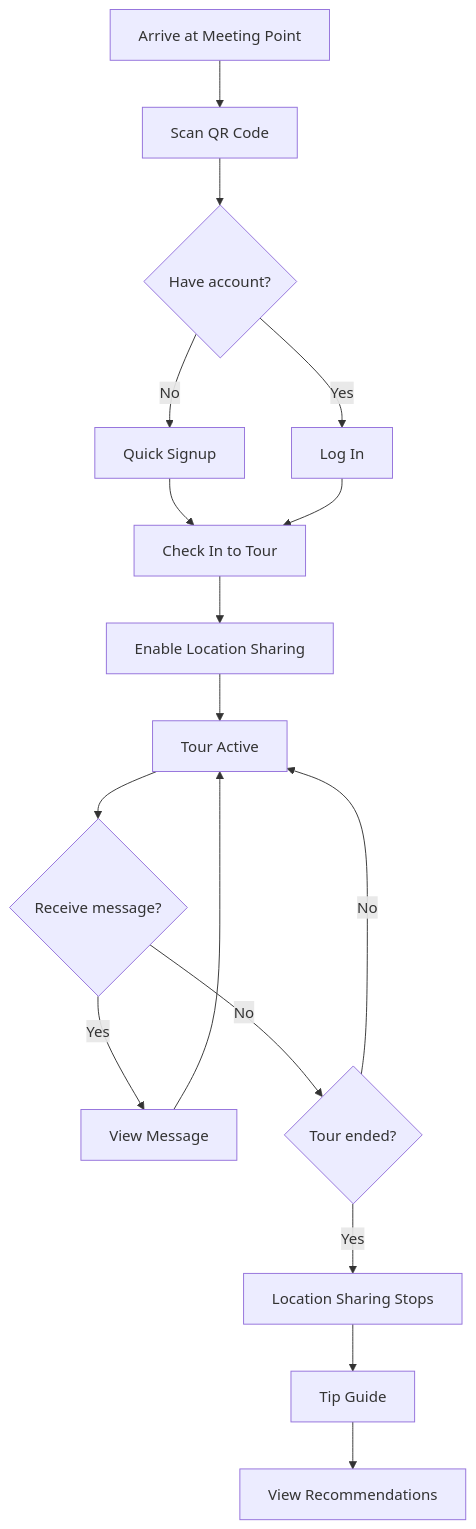
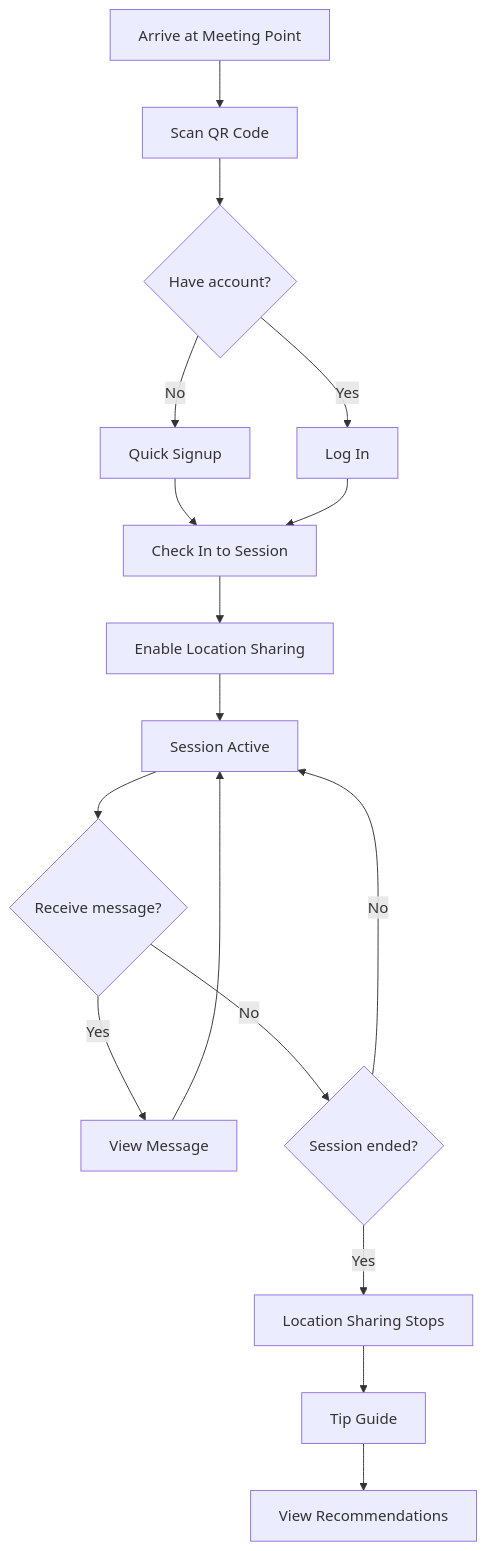
The second of 3 diagrams in 1_product_overview.md (wariya-placehub/triptoe-docs), drawn with Mermaid before and after one commit. The commit also changed other lines of this file and 5 other files, not shown here.

````diff
--- a/1_product_overview.md
+++ b/1_product_overview.md
@@ -83,19 +83,19 @@
 ```mermaid
 flowchart TD
     A[Arrive at Meeting Point] --> B[Scan QR Code]
     B --> C{Have account?}
     C -->|No| D[Quick Signup]
     C -->|Yes| E[Log In]
-    D --> F[Check In to Tour]
+    D --> F[Check In to Session]
     E --> F
     F --> G[Enable Location Sharing]
-    G --> H[Tour Active]
+    G --> H[Session Active]
     H --> I{Receive message?}
     I -->|Yes| J[View Message]
     J --> H
-    I -->|No| K{Tour ended?}
+    I -->|No| K{Session ended?}
     K -->|No| H
     K -->|Yes| L[Location Sharing Stops]
     L --> M[Tip Guide]
     M --> N[View Recommendations]
 ```
````
